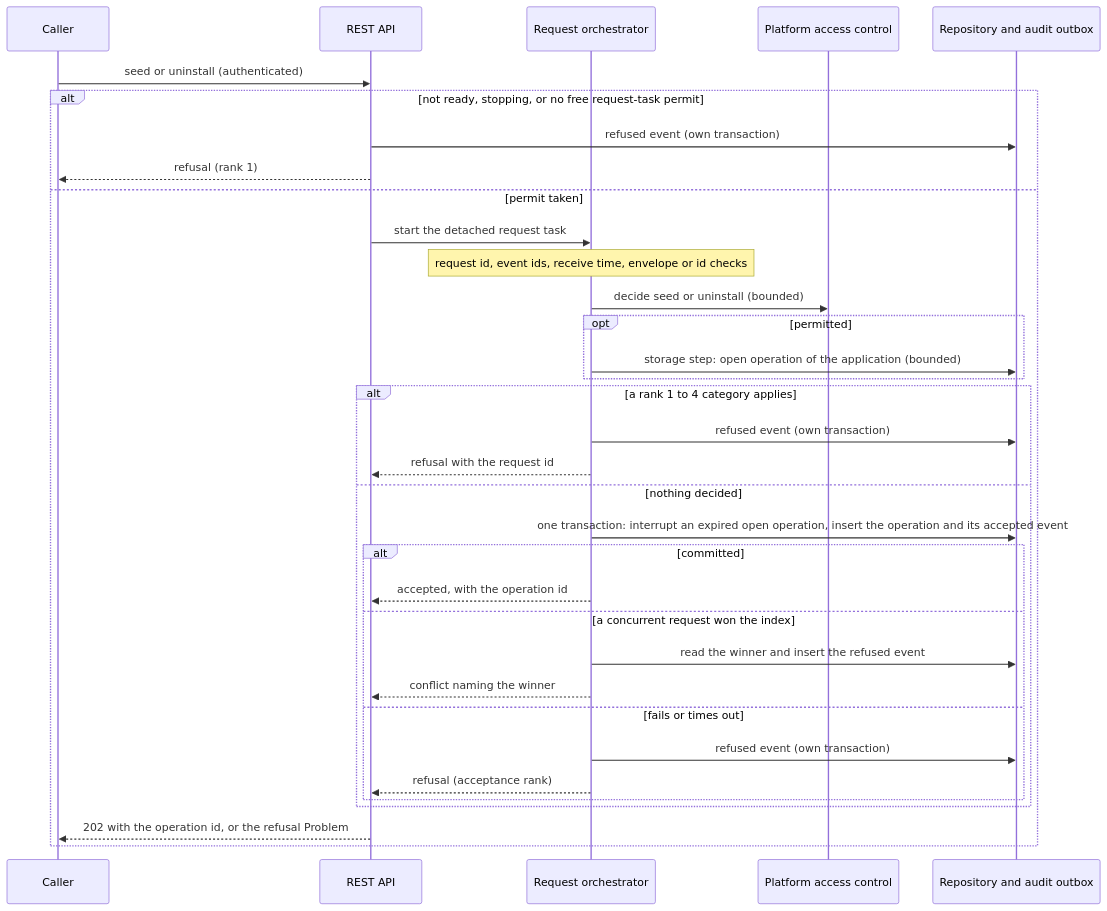
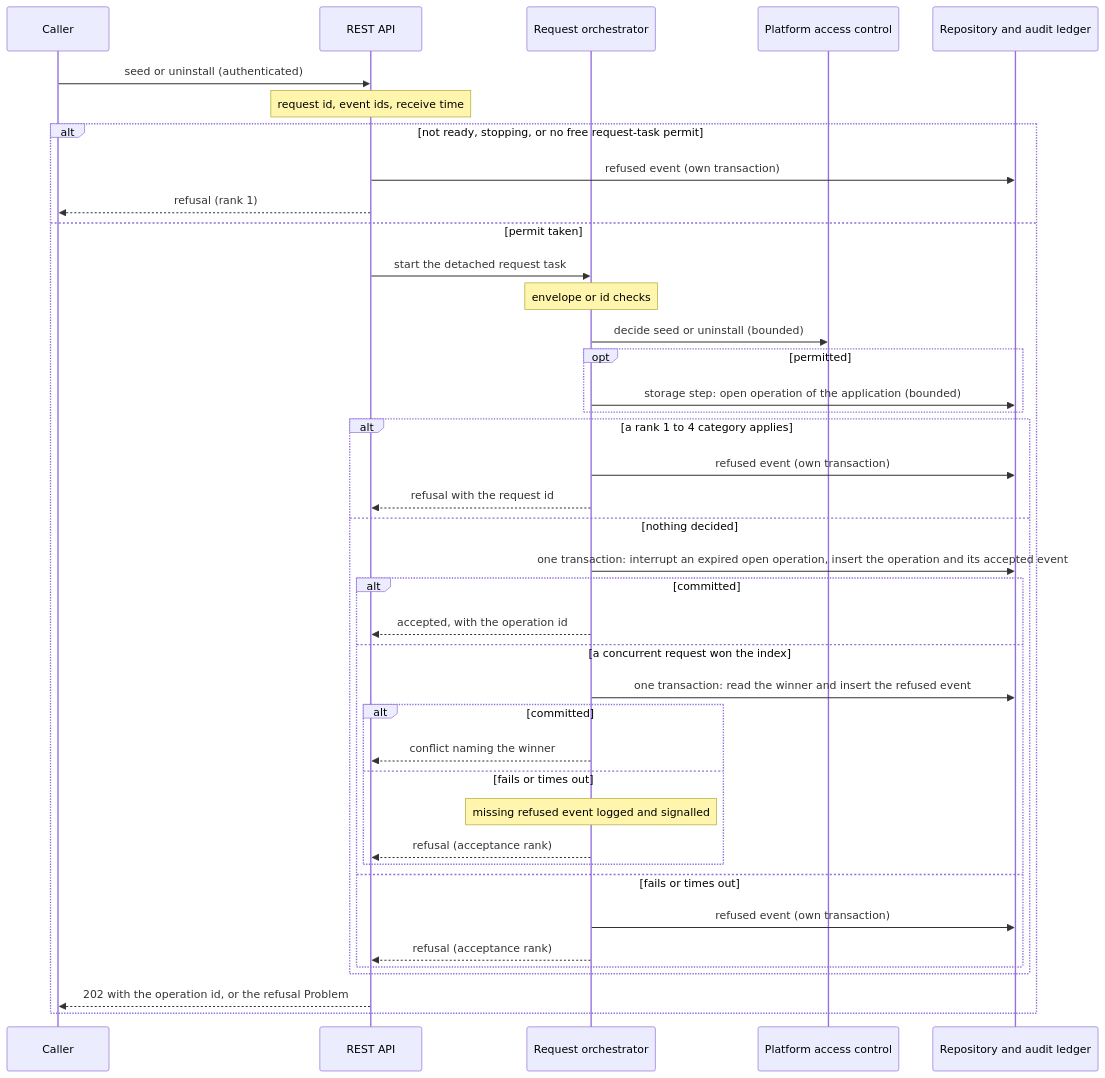
One commit to constructorfabric/gears-rust changed the fourth of 7 diagrams in gears/system/application-manager/docs/DESIGN.md. Above: the diagram before and after it, drawn with Mermaid. The commit also changed other lines of this file and 8 other files, not shown here.

````diff
--- a/gears/system/application-manager/docs/DESIGN.md
+++ b/gears/system/application-manager/docs/DESIGN.md
@@ -693,36 +696,42 @@
 ```mermaid
 sequenceDiagram
     participant C as Caller
     participant API as REST API
     participant O as Request orchestrator
     participant PDP as Platform access control
-    participant R as Repository and audit outbox
+    participant R as Repository and audit ledger
     C ->> API: seed or uninstall (authenticated)
+    Note over API: request id, event ids, receive time
     alt not ready, stopping, or no free request-task permit
         API ->> R: refused event (own transaction)
         API -->> C: refusal (rank 1)
     else permit taken
         API ->> O: start the detached request task
-        Note over O: request id, event ids, receive time, envelope or id checks
+        Note over O: envelope or id checks
         O ->> PDP: decide seed or uninstall (bounded)
         opt permitted
             O ->> R: storage step: open operation of the application (bounded)
         end
         alt a rank 1 to 4 category applies
             O ->> R: refused event (own transaction)
             O -->> API: refusal with the request id
         else nothing decided
             O ->> R: one transaction: interrupt an expired open operation, insert the operation and its accepted event
             alt committed
                 O -->> API: accepted, with the operation id
             else a concurrent request won the index
-                O ->> R: read the winner and insert the refused event
-                O -->> API: conflict naming the winner
+                O ->> R: one transaction: read the winner and insert the refused event
+                alt committed
+                    O -->> API: conflict naming the winner
+                else fails or times out
+                    Note over O: missing refused event logged and signalled
+                    O -->> API: refusal (acceptance rank)
+                end
             else fails or times out
                 O ->> R: refused event (own transaction)
                 O -->> API: refusal (acceptance rank)
             end
         end
         API -->> C: 202 with the operation id, or the refusal Problem
     end
 ```
````
